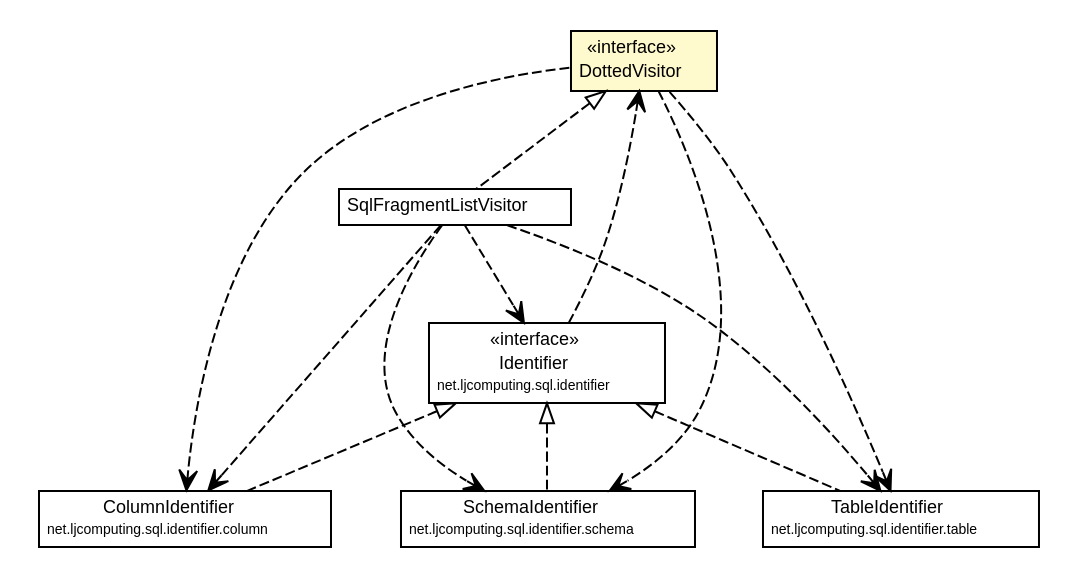
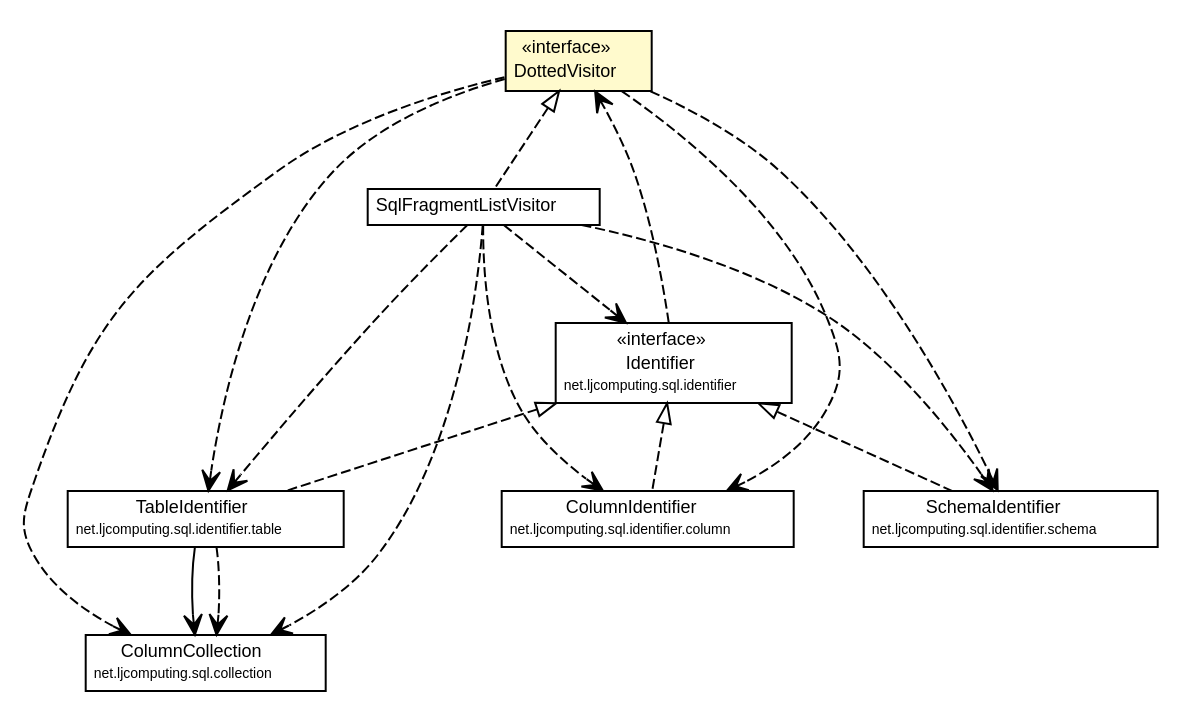
One commit to willmorejg/net.ljcomputing.sql changed the diagram in docs/javadoc/apidocs/net/ljcomputing/sql/visitor/DottedVisitor.dot. Above: the diagram before and after it, drawn with Graphviz. The commit also changed 141 other files, not shown here.

```diff
--- a/docs/javadoc/apidocs/net/ljcomputing/sql/visitor/DottedVisitor.dot
+++ b/docs/javadoc/apidocs/net/ljcomputing/sql/visitor/DottedVisitor.dot
@@ -1,78 +1,93 @@
 #!/usr/local/bin/dot
 #
 # Class diagram 
 # Generated by UMLGraph version R5_6 (http://www.umlgraph.org/)
 #
 
 digraph G {
 	edge [fontname="Helvetica",fontsize=10,labelfontname="Helvetica",labelfontsize=10];
 	node [fontname="Helvetica",fontsize=10,shape=plaintext];
 	nodesep=0.25;
 	ranksep=0.5;
 	// net.ljcomputing.sql.visitor.DottedVisitor
 	c626 [label=<<table title="net.ljcomputing.sql.visitor.DottedVisitor" border="0" cellborder="1" cellspacing="0" cellpadding="2" port="p" bgcolor="lemonChiffon" href="./DottedVisitor.html">
 		<tr><td><table border="0" cellspacing="0" cellpadding="1">
 <tr><td align="center" balign="center"> &#171;interface&#187; </td></tr>
 <tr><td align="center" balign="center"> DottedVisitor </td></tr>
 		</table></td></tr>
 		</table>>, URL="./DottedVisitor.html", fontname="Helvetica", fontcolor="black", fontsize=9.0];
 	// net.ljcomputing.sql.visitor.SqlFragmentListVisitor
 	c628 [label=<<table title="net.ljcomputing.sql.visitor.SqlFragmentListVisitor" border="0" cellborder="1" cellspacing="0" cellpadding="2" port="p" href="./SqlFragmentListVisitor.html">
 		<tr><td><table border="0" cellspacing="0" cellpadding="1">
 <tr><td align="center" balign="center"> SqlFragmentListVisitor </td></tr>
 		</table></td></tr>
 		</table>>, URL="./SqlFragmentListVisitor.html", fontname="Helvetica", fontcolor="black", fontsize=9.0];
+	// net.ljcomputing.sql.collection.ColumnCollection
+	c633 [label=<<table title="net.ljcomputing.sql.collection.ColumnCollection" border="0" cellborder="1" cellspacing="0" cellpadding="2" port="p" href="../collection/ColumnCollection.html">
+		<tr><td><table border="0" cellspacing="0" cellpadding="1">
+<tr><td align="center" balign="center"> ColumnCollection </td></tr>
+<tr><td align="center" balign="center"><font point-size="7.0"> net.ljcomputing.sql.collection </font></td></tr>
+		</table></td></tr>
+		</table>>, URL="../collection/ColumnCollection.html", fontname="Helvetica", fontcolor="black", fontsize=9.0];
 	// net.ljcomputing.sql.identifier.schema.SchemaIdentifier
 	c637 [label=<<table title="net.ljcomputing.sql.identifier.schema.SchemaIdentifier" border="0" cellborder="1" cellspacing="0" cellpadding="2" port="p" href="../identifier/schema/SchemaIdentifier.html">
 		<tr><td><table border="0" cellspacing="0" cellpadding="1">
 <tr><td align="center" balign="center"> SchemaIdentifier </td></tr>
 <tr><td align="center" balign="center"><font point-size="7.0"> net.ljcomputing.sql.identifier.schema </font></td></tr>
 		</table></td></tr>
 		</table>>, URL="../identifier/schema/SchemaIdentifier.html", fontname="Helvetica", fontcolor="black", fontsize=9.0];
 	// net.ljcomputing.sql.identifier.table.TableIdentifier
 	c638 [label=<<table title="net.ljcomputing.sql.identifier.table.TableIdentifier" border="0" cellborder="1" cellspacing="0" cellpadding="2" port="p" href="../identifier/table/TableIdentifier.html">
 		<tr><td><table border="0" cellspacing="0" cellpadding="1">
 <tr><td align="center" balign="center"> TableIdentifier </td></tr>
 <tr><td align="center" balign="center"><font point-size="7.0"> net.ljcomputing.sql.identifier.table </font></td></tr>
 		</table></td></tr>
 		</table>>, URL="../identifier/table/TableIdentifier.html", fontname="Helvetica", fontcolor="black", fontsize=9.0];
 	// net.ljcomputing.sql.identifier.Identifier
 	c640 [label=<<table title="net.ljcomputing.sql.identifier.Identifier" border="0" cellborder="1" cellspacing="0" cellpadding="2" port="p" href="../identifier/Identifier.html">
 		<tr><td><table border="0" cellspacing="0" cellpadding="1">
 <tr><td align="center" balign="center"> &#171;interface&#187; </td></tr>
 <tr><td align="center" balign="center"> Identifier </td></tr>
 <tr><td align="center" balign="center"><font point-size="7.0"> net.ljcomputing.sql.identifier </font></td></tr>
 		</table></td></tr>
 		</table>>, URL="../identifier/Identifier.html", fontname="Helvetica", fontcolor="black", fontsize=9.0];
 	// net.ljcomputing.sql.identifier.column.ColumnIdentifier
 	c642 [label=<<table title="net.ljcomputing.sql.identifier.column.ColumnIdentifier" border="0" cellborder="1" cellspacing="0" cellpadding="2" port="p" href="../identifier/column/ColumnIdentifier.html">
 		<tr><td><table border="0" cellspacing="0" cellpadding="1">
 <tr><td align="center" balign="center"> ColumnIdentifier </td></tr>
 <tr><td align="center" balign="center"><font point-size="7.0"> net.ljcomputing.sql.identifier.column </font></td></tr>
 		</table></td></tr>
 		</table>>, URL="../identifier/column/ColumnIdentifier.html", fontname="Helvetica", fontcolor="black", fontsize=9.0];
 	//net.ljcomputing.sql.visitor.SqlFragmentListVisitor implements net.ljcomputing.sql.visitor.DottedVisitor
 	c626:p -> c628:p [dir=back,arrowtail=empty,style=dashed];
 	//net.ljcomputing.sql.identifier.schema.SchemaIdentifier implements net.ljcomputing.sql.identifier.Identifier
 	c640:p -> c637:p [dir=back,arrowtail=empty,style=dashed];
 	//net.ljcomputing.sql.identifier.table.TableIdentifier implements net.ljcomputing.sql.identifier.Identifier
 	c640:p -> c638:p [dir=back,arrowtail=empty,style=dashed];
 	//net.ljcomputing.sql.identifier.column.ColumnIdentifier implements net.ljcomputing.sql.identifier.Identifier
 	c640:p -> c642:p [dir=back,arrowtail=empty,style=dashed];
+	// net.ljcomputing.sql.identifier.table.TableIdentifier NAVASSOC net.ljcomputing.sql.collection.ColumnCollection
+	c638:p -> c633:p [taillabel="", label="", headlabel="", fontname="Helvetica", fontcolor="black", fontsize=10.0, color="black", arrowhead=open];
+	// net.ljcomputing.sql.visitor.DottedVisitor DEPEND net.ljcomputing.sql.identifier.table.TableIdentifier
+	c626:p -> c638:p [taillabel="", label="", headlabel="", fontname="Helvetica", fontcolor="black", fontsize=10.0, color="black", arrowhead=open, style=dashed];
+	// net.ljcomputing.sql.visitor.DottedVisitor DEPEND net.ljcomputing.sql.collection.ColumnCollection
+	c626:p -> c633:p [taillabel="", label="", headlabel="", fontname="Helvetica", fontcolor="black", fontsize=10.0, color="black", arrowhead=open, style=dashed];
 	// net.ljcomputing.sql.visitor.DottedVisitor DEPEND net.ljcomputing.sql.identifier.schema.SchemaIdentifier
 	c626:p -> c637:p [taillabel="", label="", headlabel="", fontname="Helvetica", fontcolor="black", fontsize=10.0, color="black", arrowhead=open, style=dashed];
-	// net.ljcomputing.sql.visitor.DottedVisitor DEPEND net.ljcomputing.sql.identifier.table.TableIdentifier
-	c626:p -> c638:p [taillabel="", label="", headlabel="", fontname="Helvetica", fontcolor="black", fontsize=10.0, color="black", arrowhead=open, style=dashed];
 	// net.ljcomputing.sql.visitor.DottedVisitor DEPEND net.ljcomputing.sql.identifier.column.ColumnIdentifier
 	c626:p -> c642:p [taillabel="", label="", headlabel="", fontname="Helvetica", fontcolor="black", fontsize=10.0, color="black", arrowhead=open, style=dashed];
+	// net.ljcomputing.sql.visitor.SqlFragmentListVisitor DEPEND net.ljcomputing.sql.identifier.table.TableIdentifier
+	c628:p -> c638:p [taillabel="", label="", headlabel="", fontname="Helvetica", fontcolor="black", fontsize=10.0, color="black", arrowhead=open, style=dashed];
+	// net.ljcomputing.sql.visitor.SqlFragmentListVisitor DEPEND net.ljcomputing.sql.collection.ColumnCollection
+	c628:p -> c633:p [taillabel="", label="", headlabel="", fontname="Helvetica", fontcolor="black", fontsize=10.0, color="black", arrowhead=open, style=dashed];
+	// net.ljcomputing.sql.visitor.SqlFragmentListVisitor DEPEND net.ljcomputing.sql.identifier.schema.SchemaIdentifier
+	c628:p -> c637:p [taillabel="", label="", headlabel="", fontname="Helvetica", fontcolor="black", fontsize=10.0, color="black", arrowhead=open, style=dashed];
+	// net.ljcomputing.sql.visitor.SqlFragmentListVisitor DEPEND net.ljcomputing.sql.identifier.column.ColumnIdentifier
+	c628:p -> c642:p [taillabel="", label="", headlabel="", fontname="Helvetica", fontcolor="black", fontsize=10.0, color="black", arrowhead=open, style=dashed];
 	// net.ljcomputing.sql.visitor.SqlFragmentListVisitor DEPEND net.ljcomputing.sql.identifier.Identifier
 	c628:p -> c640:p [taillabel="", label="", headlabel="", fontname="Helvetica", fontcolor="black", fontsize=10.0, color="black", arrowhead=open, style=dashed];
-	// net.ljcomputing.sql.visitor.SqlFragmentListVisitor DEPEND net.ljcomputing.sql.identifier.schema.SchemaIdentifier
-	c628:p -> c637:p [taillabel="", label="", headlabel="", fontname="Helvetica", fontcolor="black", fontsize=10.0, color="black", arrowhead=open, style=dashed];
-	// net.ljcomputing.sql.visitor.SqlFragmentListVisitor DEPEND net.ljcomputing.sql.identifier.table.TableIdentifier
-	c628:p -> c638:p [taillabel="", label="", headlabel="", fontname="Helvetica", fontcolor="black", fontsize=10.0, color="black", arrowhead=open, style=dashed];
-	// net.ljcomputing.sql.visitor.SqlFragmentListVisitor DEPEND net.ljcomputing.sql.identifier.column.ColumnIdentifier
-	c628:p -> c642:p [taillabel="", label="", headlabel="", fontname="Helvetica", fontcolor="black", fontsize=10.0, color="black", arrowhead=open, style=dashed];
+	// net.ljcomputing.sql.identifier.table.TableIdentifier DEPEND net.ljcomputing.sql.collection.ColumnCollection
+	c638:p -> c633:p [taillabel="", label="", headlabel="", fontname="Helvetica", fontcolor="black", fontsize=10.0, color="black", arrowhead=open, style=dashed];
 	// net.ljcomputing.sql.identifier.Identifier DEPEND net.ljcomputing.sql.visitor.DottedVisitor
 	c640:p -> c626:p [taillabel="", label="", headlabel="", fontname="Helvetica", fontcolor="black", fontsize=10.0, color="black", arrowhead=open, style=dashed];
 }
```
